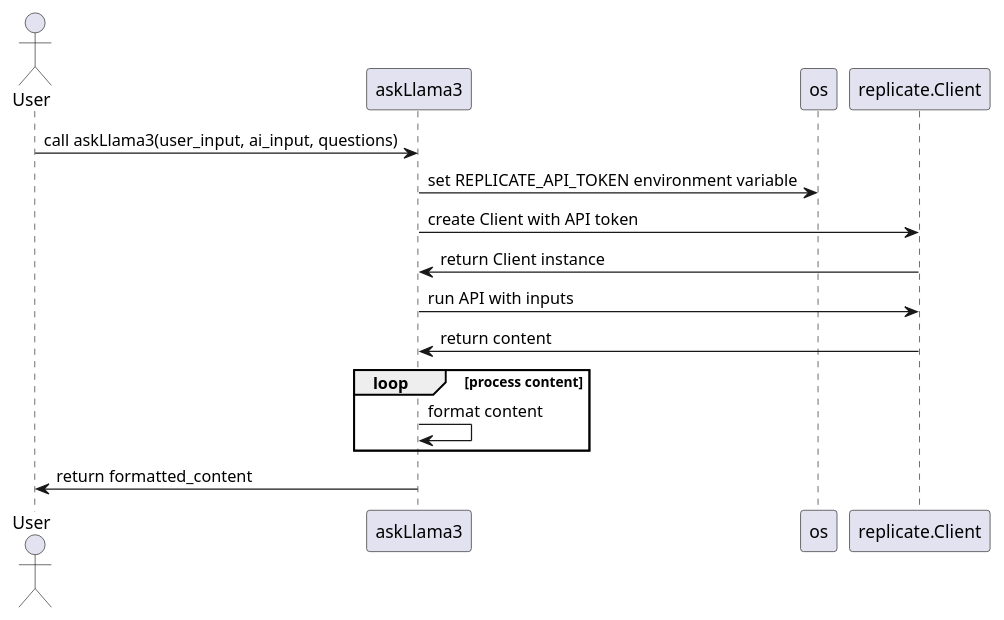
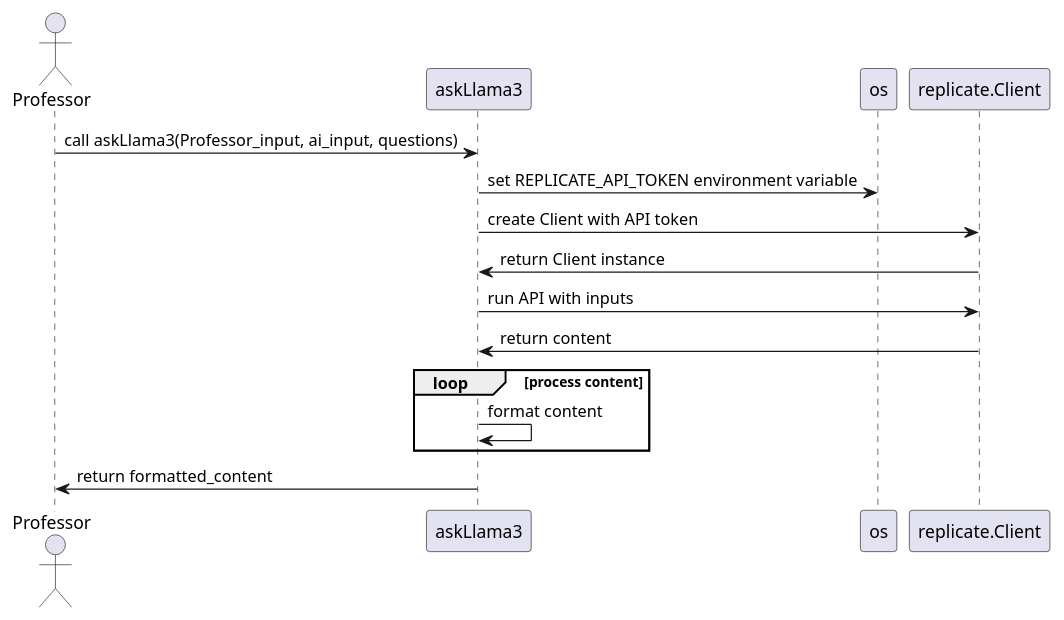
One commit to NoahS20/Grad-Project changed the diagram in Diagrams/Sequence Diagrams/BackEnd/replicateLlama3APICallUMLSequence.wsd. Above: the diagram before and after it, drawn with PlantUML. The commit also changed 22 other files, not shown here.

Commit message:
Removed irrelevant files. Removed outdated diagrams.

```diff
--- a/Diagrams/Sequence Diagrams/BackEnd/replicateLlama3APICallUMLSequence.wsd
+++ b/Diagrams/Sequence Diagrams/BackEnd/replicateLlama3APICallUMLSequence.wsd
@@ -1,20 +1,20 @@
 @startuml
-actor User
+actor Professor
 
 participant askLlama3
 participant os
 participant replicate.Client
 
-User -> askLlama3: call askLlama3(user_input, ai_input, questions)
+Professor -> askLlama3: call askLlama3(Professor_input, ai_input, questions)
 askLlama3 -> os: set REPLICATE_API_TOKEN environment variable
 askLlama3 -> replicate.Client: create Client with API token
 replicate.Client -> askLlama3: return Client instance
 askLlama3 -> replicate.Client: run API with inputs
 replicate.Client -> askLlama3: return content
 
 loop process content
     askLlama3 -> askLlama3: format content
 end
 
-askLlama3 -> User: return formatted_content
+askLlama3 -> Professor: return formatted_content
 @enduml
```
